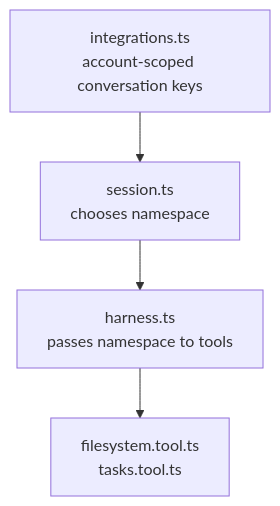
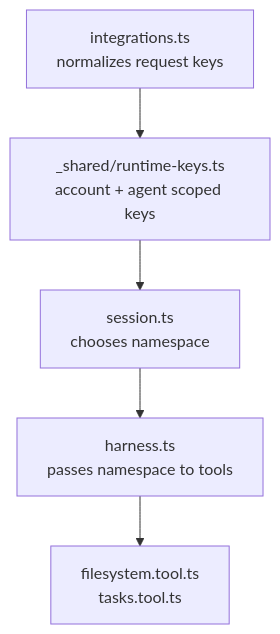
The sixth of 6 diagrams in docs/memory-and-session.md (beeblastco/filthy-panty), drawn with Mermaid before and after one commit. The commit also changed other lines of this file and 187 other files, not shown here.

````diff
--- a/docs/memory-and-session.md
+++ b/docs/memory-and-session.md
@@ -116,6 +135,7 @@
 ```mermaid
 flowchart TD
-  Integrations["integrations.ts<br/>account-scoped conversation keys"] --> Session["session.ts<br/>chooses namespace"]
+  Integrations["integrations.ts<br/>normalizes request keys"] --> Keys["_shared/runtime-keys.ts<br/>account + agent scoped keys"]
+  Keys --> Session["session.ts<br/>chooses namespace"]
   Session --> Harness["harness.ts<br/>passes namespace to tools"]
   Harness --> Tools["filesystem.tool.ts<br/>tasks.tool.ts"]
 ```
````
